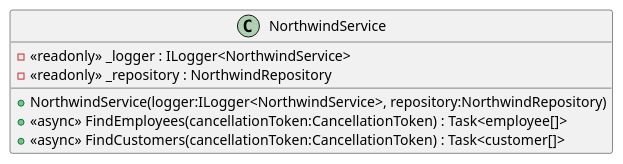
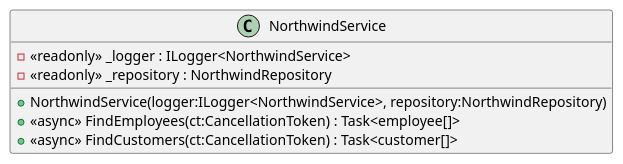
Before and after one commit to domoar/Northwind-Api: the diagram in __extras__/docu/plantuml/NorthwindService.puml, drawn with PlantUML. The commit also changed 38 other files, not shown here.

```diff
--- a/__extras__/docu/plantuml/NorthwindService.puml
+++ b/__extras__/docu/plantuml/NorthwindService.puml
@@ -1,9 +1,9 @@
 @startuml
 class NorthwindService {
     - <<readonly>> _logger : ILogger<NorthwindService>
     - <<readonly>> _repository : NorthwindRepository
     + NorthwindService(logger:ILogger<NorthwindService>, repository:NorthwindRepository)
-    + <<async>> FindEmployees(cancellationToken:CancellationToken) : Task<employee[]>
-    + <<async>> FindCustomers(cancellationToken:CancellationToken) : Task<customer[]>
+    + <<async>> FindEmployees(ct:CancellationToken) : Task<employee[]>
+    + <<async>> FindCustomers(ct:CancellationToken) : Task<customer[]>
 }
 @enduml
```
